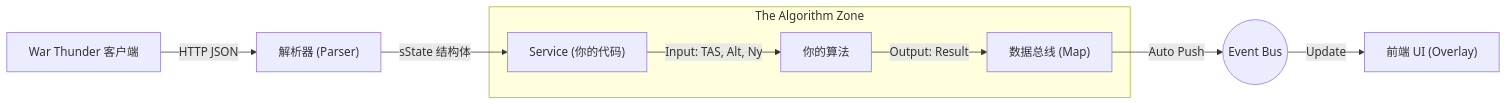
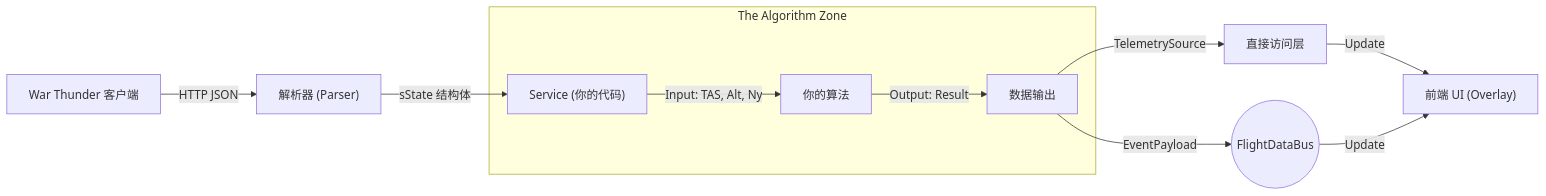
The first of 2 diagrams in doc/物理人也能看懂的voidmei算法开发指导.md (matrixsukhoi/voidmei), drawn with Mermaid before and after one commit. The commit also changed other lines of this file and 5 other files, not shown here.

````diff
--- a/doc/物理人也能看懂的voidmei算法开发指导.md
+++ b/doc/物理人也能看懂的voidmei算法开发指导.md
@@ -25,13 +24,15 @@
 ```mermaid
 graph LR
     Game["War Thunder 客户端"] -->|HTTP JSON| Parser["解析器 (Parser)"]
     Parser -->|"sState 结构体"| Service["Service (你的代码)"]
-    
+
     subgraph "The Algorithm Zone"
     Service -->|"Input: TAS, Alt, Ny"| Algo["你的算法"]
-    Algo -->|"Output: Result"| Map["数据总线 (Map)"]
+    Algo -->|"Output: Result"| Output["数据输出"]
     end
-    
-    Map -->|"Auto Push"| Bus(("Event Bus"))
-    Bus -->|Update| UI["前端 UI (Overlay)"]
+
+    Output -->|TelemetrySource| DirectAccess["直接访问层"]
+    Output -->|EventPayload| Bus(("FlightDataBus"))
+    DirectAccess -->|Update| UI["前端 UI (Overlay)"]
+    Bus -->|Update| UI
 ```
````
